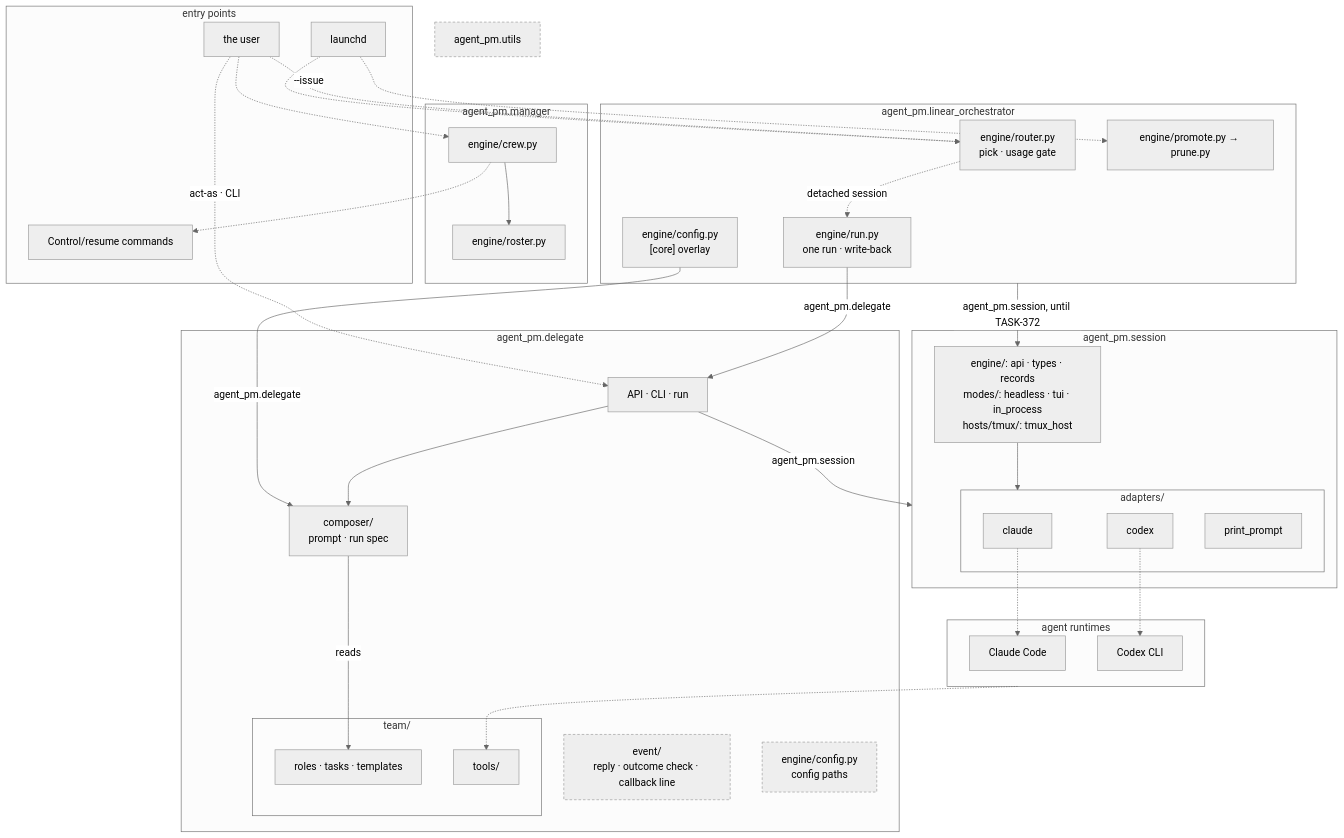
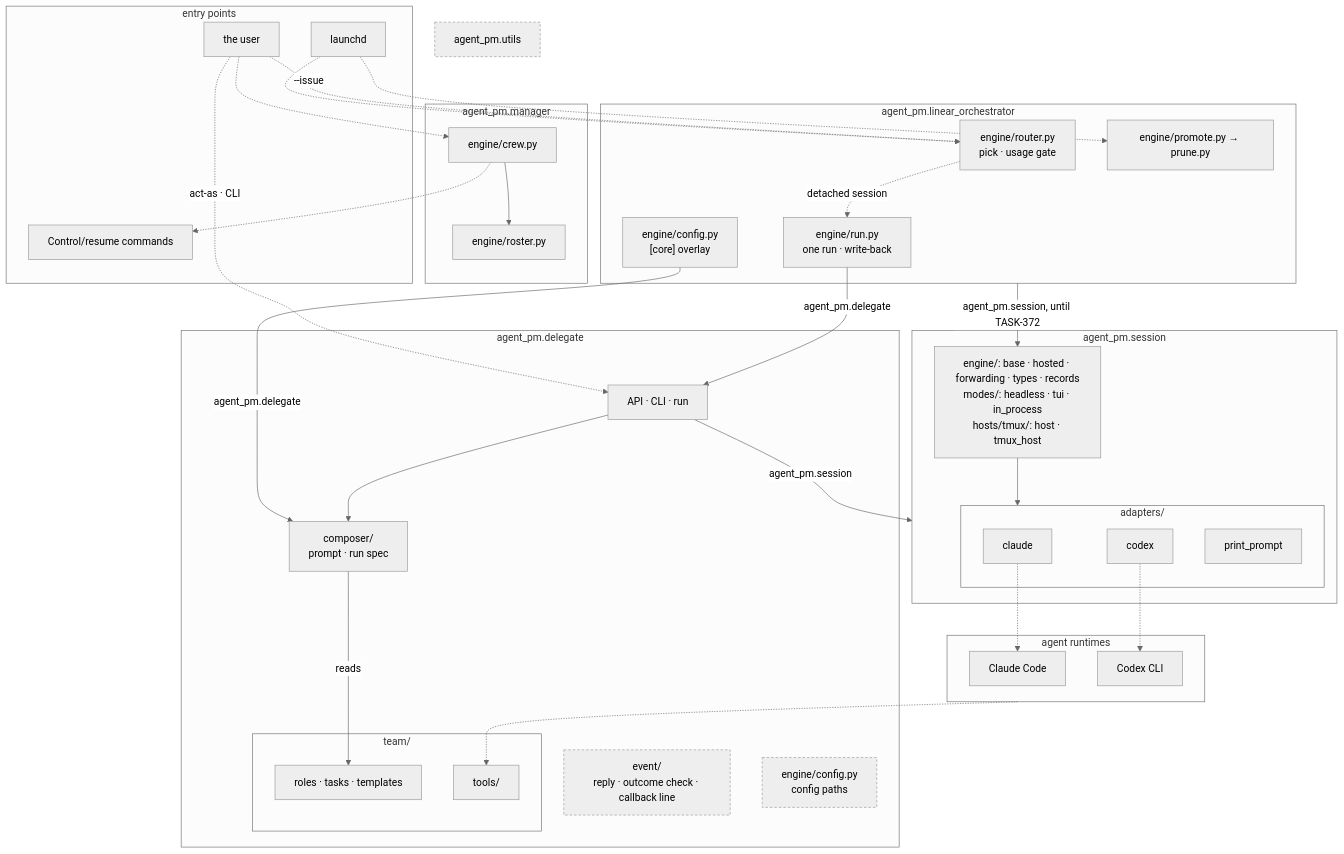
Before and after one commit to ophis/agent-pm: the second of 4 diagrams in README.md, drawn with Mermaid (neutral theme). The commit also changed other lines of this file and 144 other files, not shown here.

First line of the commit message:
TASK-365: re-architecture 356-4: Session object (HostedSession) (#206)

````diff
--- a/README.md
+++ b/README.md
@@ -18,58 +18,58 @@
 ```mermaid
 flowchart TB
   subgraph EN[entry points]
     LD[launchd]
     HU[the user]
     CC[Control/resume commands]
   end
   subgraph MG[agent_pm.manager]
     W["engine/crew.py"] --> RS["engine/roster.py"]
   end
   subgraph LO[agent_pm.linear_orchestrator]
     R["engine/router.py<br>pick · usage gate"]
     RU["engine/run.py<br>one run · write-back"]
     PP["engine/promote.py → prune.py"]
     LC["engine/config.py<br>[core] overlay"]
   end
   subgraph DL[agent_pm.delegate]
     D["API · CLI · run"]
     C["composer/<br>prompt · run spec"]
     EV["event/<br>reply · outcome check · callback line"]
     CF["engine/config.py<br>config paths"]
     subgraph TM[team/]
       T["roles · tasks · templates"]
       AT[tools/]
     end
   end
   subgraph SE[agent_pm.session]
-    DR["engine/: api · types · records<br>modes/: headless · tui · in_process<br>hosts/tmux/: tmux_host"]
+    DR["engine/: base · hosted · forwarding · types · records<br>modes/: headless · tui · in_process<br>hosts/tmux/: host · tmux_host"]
     subgraph AD[adapters/]
       CL[claude]
       CX[codex]
       PR[print_prompt]
     end
   end
   U[agent_pm.utils]
   subgraph RT[agent runtimes]
     P1[Claude Code]
     P2[Codex CLI]
   end
   LD -.-> R & PP
   HU -.->|"--issue"| R
   HU -.->|"act-as · CLI"| D
   HU -.-> W
   R -.->|detached session| RU
   RU -->|agent_pm.delegate| D
   LC -->|agent_pm.delegate| C
   LO -->|"agent_pm.session, until TASK-372"| DR
   W -.-> CC
   D --> C
   D -->|agent_pm.session| SE
   C -->|reads| T
   DR --> AD
   CL -.-> P1
   CX -.-> P2
   RT -.-> AT
   classDef shared stroke-dasharray: 4 3
   class EV,U,CF shared
 ```
````
